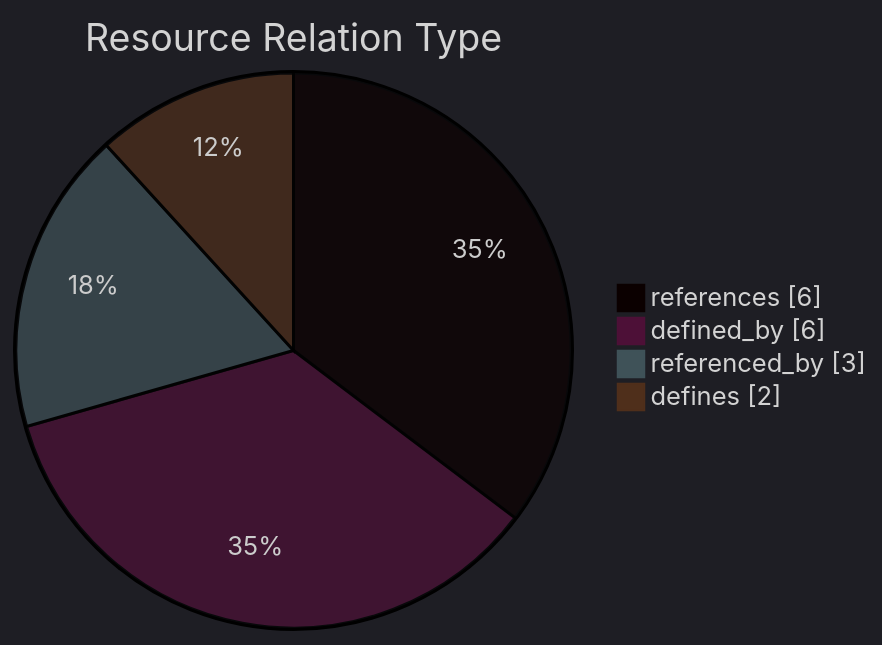
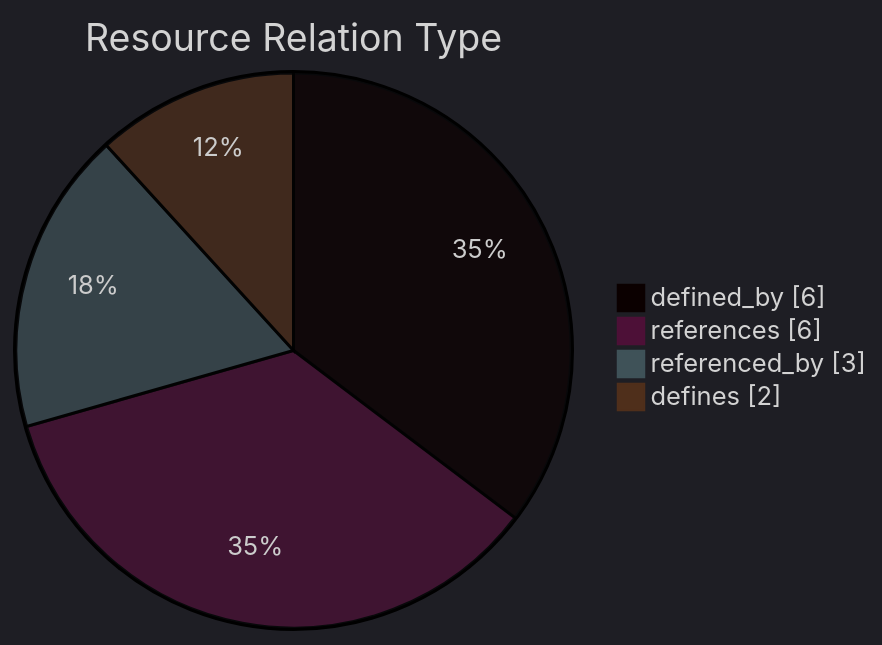
Before and after one commit to open-data/analytics-corporate-reporting: the fifth of 5 diagrams in datastore_tracker/README.md, drawn with Mermaid. The commit also changed other lines of this file and 10 other files, not shown here.

````diff
--- a/datastore_tracker/README.md
+++ b/datastore_tracker/README.md
@@ -138,11 +157,11 @@
 ```mermaid
 ---
 config:
   theme: dark
 ---
 pie showData title Resource Relation Type
+    "defined_by": 6
     "references": 6
-    "defined_by": 6
     "referenced_by": 3
     "defines": 2
 ```
````
